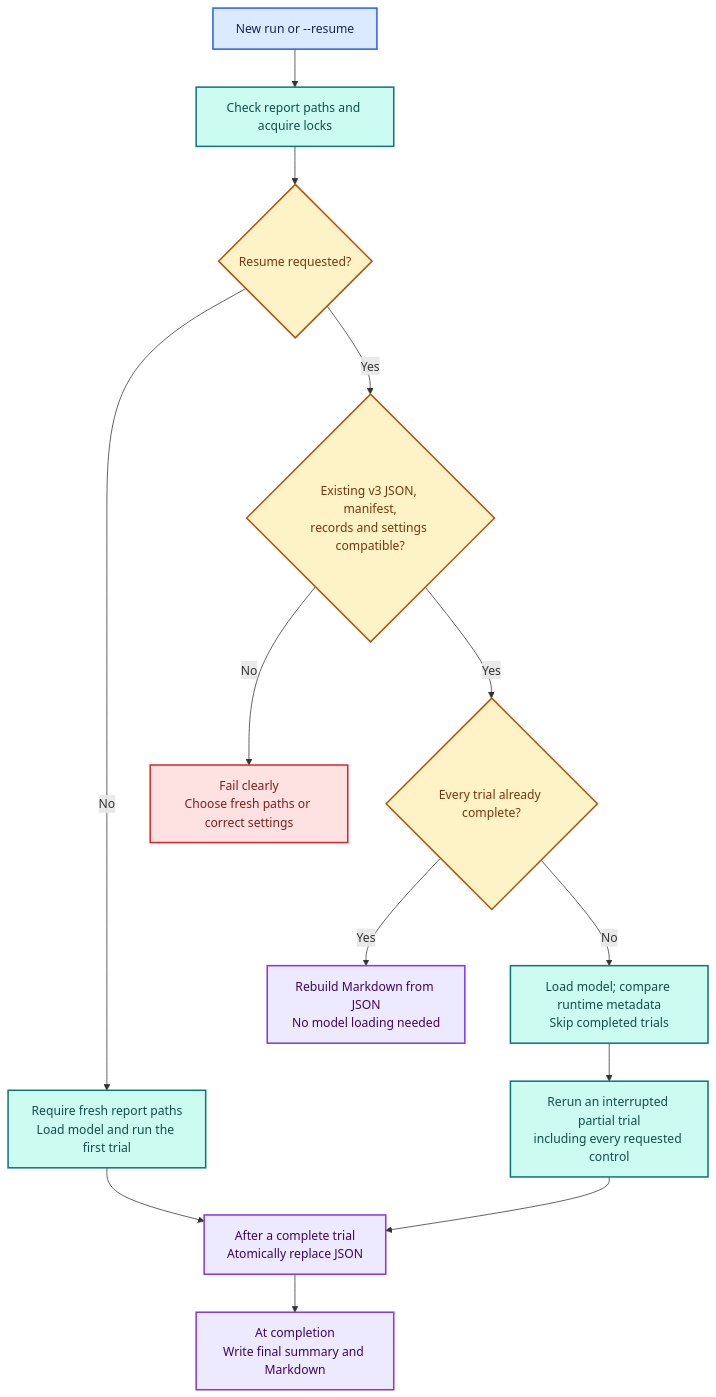
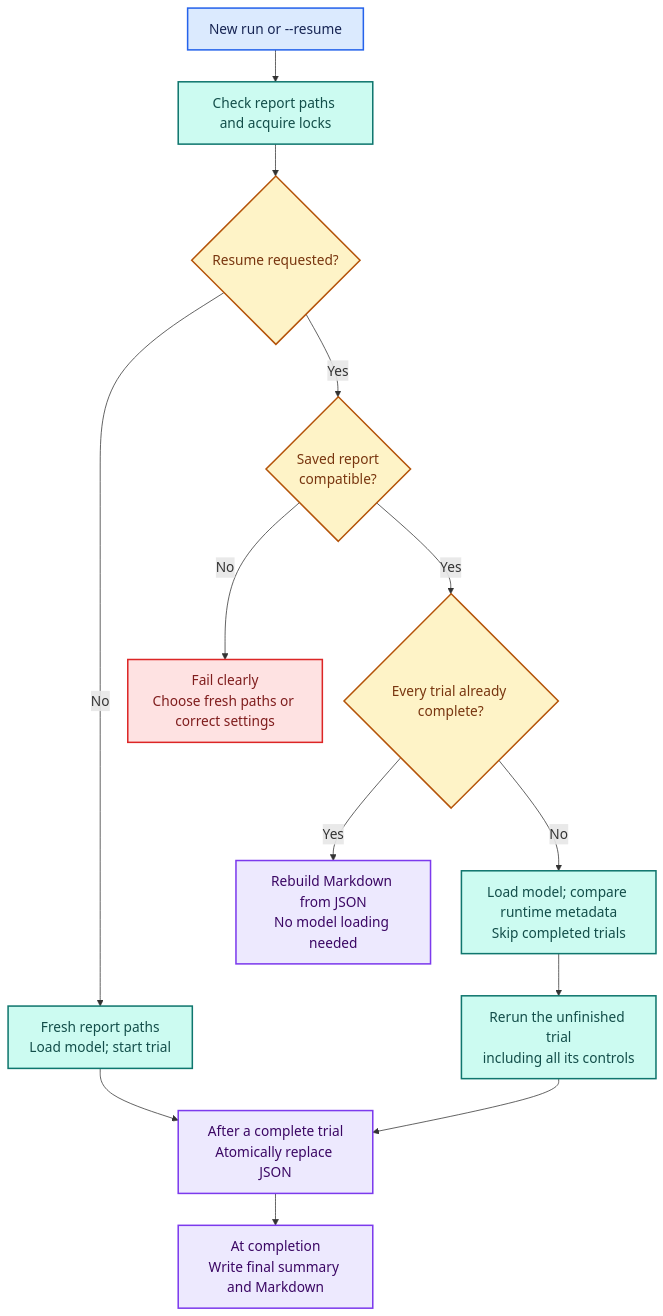
The fourth of 5 diagrams in design.md (djayuffe/neuron-steer), drawn with Mermaid before and after one commit. The commit also changed other lines of this file and 6 other files, not shown here.

Commit message:
Improve reading paths, diagram typography and ELI5 concept explanations

````diff
--- a/design.md
+++ b/design.md
@@ -339,23 +406,35 @@
 ```mermaid
+---
+config:
+  fontFamily: Arial, Helvetica, sans-serif
+  fontSize: 18
+  themeVariables:
+    fontFamily: Arial, Helvetica, sans-serif
+    fontSize: 18px
+  flowchart:
+    nodeSpacing: 28
+    rankSpacing: 42
+    padding: 14
+---
 flowchart TB
   accTitle: Checkpoint recovery preserves complete trials
   accDescr: Resume requires a compatible existing v3 checkpoint. Completed trials are reused, incomplete trials rerun, and Markdown can be rebuilt from complete JSON.
-R["New run or --resume"]:::input --> G["Check report paths and acquire locks"]:::local
+  R["New run or --resume"]:::input --> G["Check report paths and acquire locks"]:::local
   G --> Q{"Resume requested?"}:::choice
-  Q -- "No" --> N["Require fresh report paths<br/>Load model and run the first trial"]:::local
-  Q -- "Yes" --> V{"Existing v3 JSON, manifest,<br/>records and settings compatible?"}:::choice
+  Q -- "No" --> N["Fresh report paths<br/>Load model; start trial"]:::local
+  Q -- "Yes" --> V{"Saved report<br/>compatible?"}:::choice
   V -- "No" --> X["Fail clearly<br/>Choose fresh paths or correct settings"]:::limit
   V -- "Yes" --> C{"Every trial already complete?"}:::choice
   C -- "Yes" --> M["Rebuild Markdown from JSON<br/>No model loading needed"]:::evidence
   C -- "No" --> T["Load model; compare runtime metadata<br/>Skip completed trials"]:::local
-  T --> U["Rerun an interrupted partial trial<br/>including every requested control"]:::local
+  T --> U["Rerun the unfinished trial<br/>including all its controls"]:::local
   N --> S["After a complete trial<br/>Atomically replace JSON"]:::evidence
   U --> S
   S --> F["At completion<br/>Write final summary and Markdown"]:::evidence
   classDef input fill:#DBEAFE,stroke:#2563EB,color:#172554,stroke-width:2px;
   classDef local fill:#CCFBF1,stroke:#0F766E,color:#134E4A,stroke-width:2px;
   classDef choice fill:#FEF3C7,stroke:#B45309,color:#78350F,stroke-width:2px;
   classDef evidence fill:#EDE9FE,stroke:#7C3AED,color:#3B0764,stroke-width:2px;
   classDef remote fill:#FCE7F3,stroke:#BE185D,color:#831843,stroke-width:2px;
   classDef limit fill:#FEE2E2,stroke:#DC2626,color:#7F1D1D,stroke-width:2px;
 ```
````
